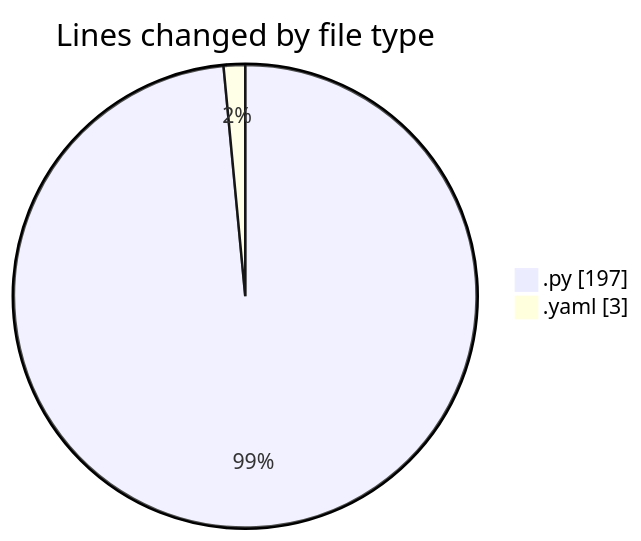
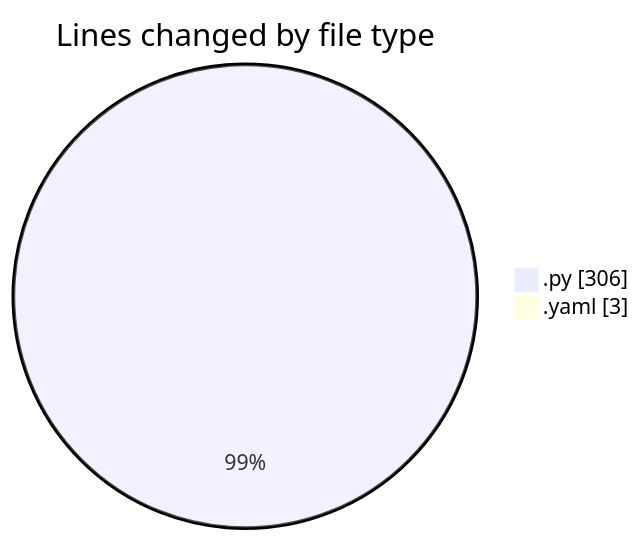
One commit to MatusMokan/code-tracking changed the first of 2 diagrams in 2025-03-09/myws__workspace_/README.md. Above: the diagram before and after it, drawn with Mermaid. The commit also changed other lines of this file and 1 other file, not shown here.

````diff
--- a/2025-03-09/myws__workspace_/README.md
+++ b/2025-03-09/myws__workspace_/README.md
@@ -21,6 +21,6 @@
 ```mermaid
 pie showData
 title Lines changed by file type
-".py" : 197
+".py" : 306
 ".yaml" : 3
 ```
````
